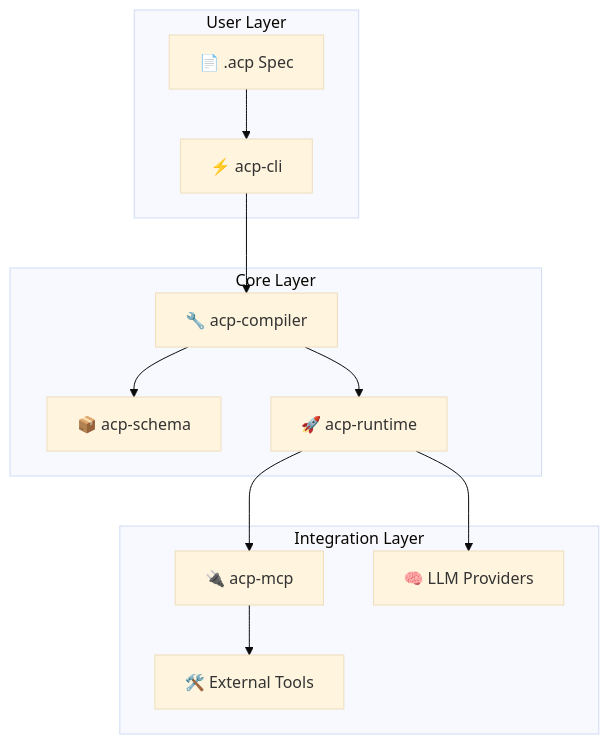
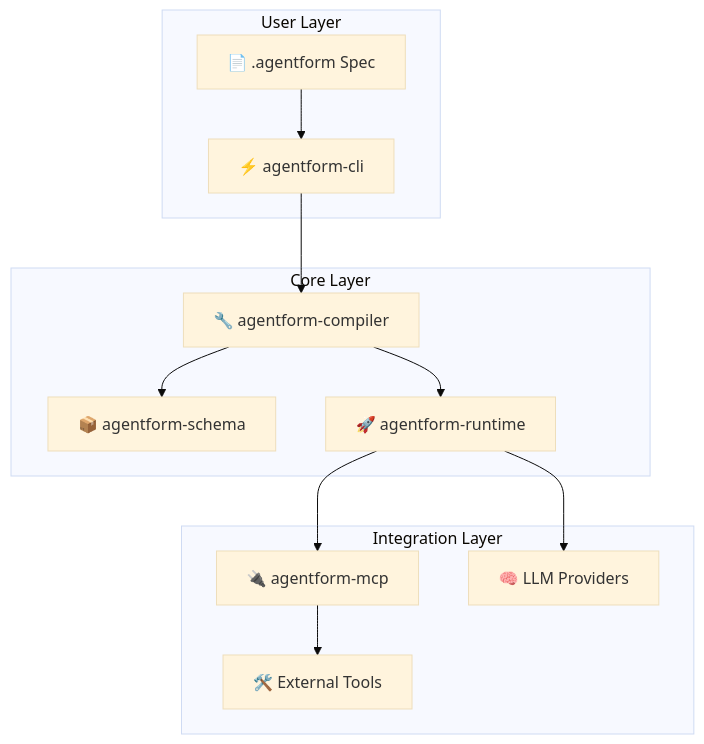
Before and after one commit to agentform-org/agentform: the diagram in README.md, drawn with Mermaid (base theme). The commit also changed other lines of this file and 10409 other files, not shown here.

Commit message:
change from acp to agentform (#34)

````diff
--- a/README.md
+++ b/README.md
@@ -188,27 +188,27 @@
 ```mermaid
 flowchart TB
     subgraph User["User Layer"]
-        ACP["📄 .acp Spec"]
-        CLI["⚡ acp-cli"]
-        ACP --> CLI
+        Agentform["📄 .agentform Spec"]
+        CLI["⚡ agentform-cli"]
+        Agentform --> CLI
     end
 
     subgraph Core["Core Layer"]
-        SCHEMA["📦 acp-schema"]
-        COMPILER["🔧 acp-compiler"]
-        RUNTIME["🚀 acp-runtime"]
+        SCHEMA["📦 agentform-schema"]
+        COMPILER["🔧 agentform-compiler"]
+        RUNTIME["🚀 agentform-runtime"]
         COMPILER --> SCHEMA
         COMPILER --> RUNTIME
     end
 
     subgraph Integration["Integration Layer"]
-        MCP["🔌 acp-mcp"]
+        MCP["🔌 agentform-mcp"]
         LLM["🧠 LLM Providers"]
         TOOLS["🛠️ External Tools"]
     end
 
     CLI --> COMPILER
     RUNTIME --> MCP
     RUNTIME --> LLM
     MCP --> TOOLS
 ```
````
